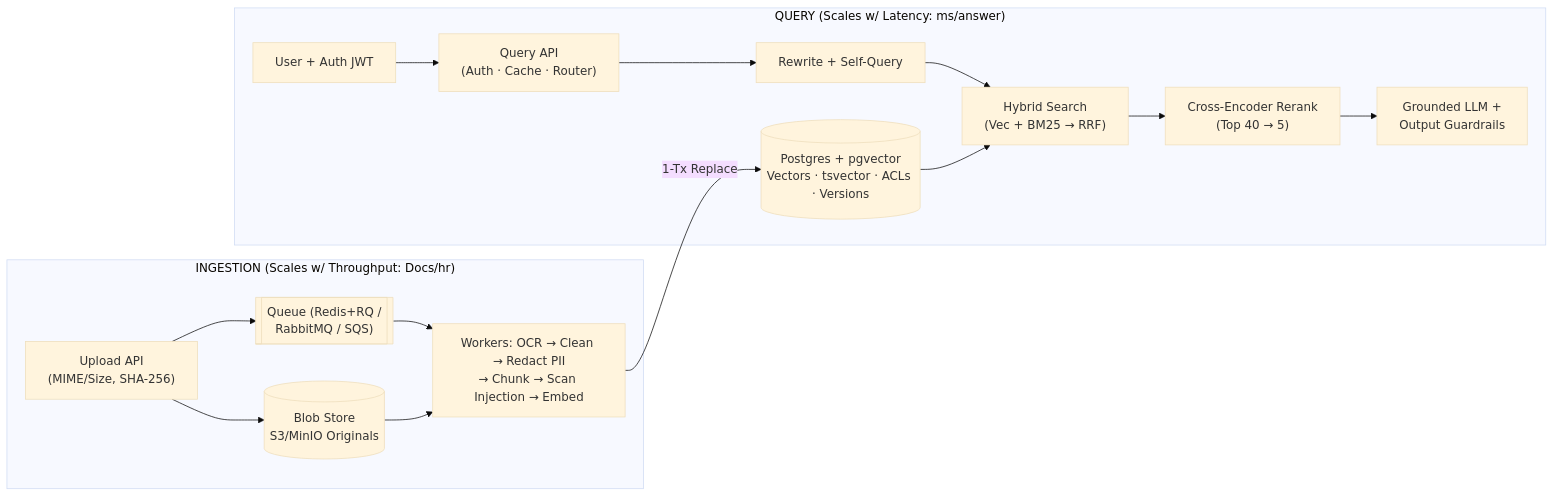
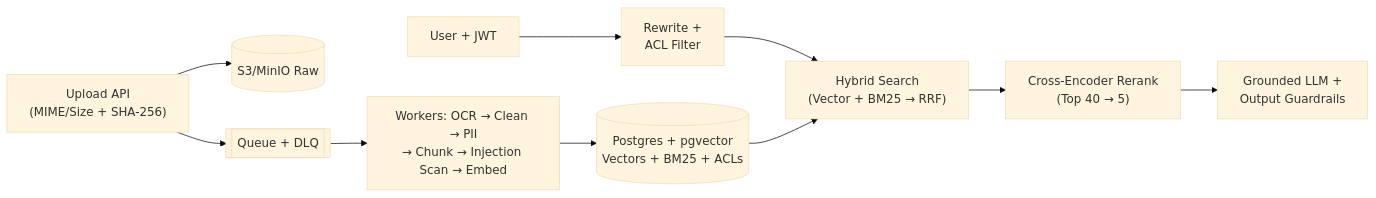
The diagram in study-material/01-production-rag/QUICK_REVISION.md (pankajspace/ai-bootcamp), drawn with Mermaid (base theme) before and after one commit. The commit also changed other lines of this file and 2 other files, not shown here.

Commit message:
Refactor QUICK_REVISION.md for clarity and conciseness; streamline sections on Deep Search, Planning, Validation, and Security. Update workflow diagrams and enhance descriptions of tools and processes. Improve formatting and remove redundant information for better readability.

````diff
--- a/study-material/01-production-rag/QUICK_REVISION.md
+++ b/study-material/01-production-rag/QUICK_REVISION.md
@@ -23,17 +19,7 @@
 ```mermaid
 flowchart LR
-    subgraph ING["INGESTION (Scales w/ Throughput: Docs/hr)"]
-        UP["Upload API\n(MIME/Size, SHA-256)"] --> S3[("Blob Store\nS3/MinIO Originals")]
-        UP --> Q[["Queue (Redis+RQ /\nRabbitMQ / SQS)"]]
-        Q --> W["Workers: OCR → Clean → Redact PII\n→ Chunk → Scan Injection → Embed"]
-        S3 --> W
-    end
-    DB[("Postgres + pgvector\nVectors · tsvector · ACLs · Versions")]
-    W -- "1-Tx Replace" --> DB
-    subgraph QRY["QUERY (Scales w/ Latency: ms/answer)"]
-        U["User + Auth JWT"] --> QA["Query API\n(Auth · Cache · Router)"]
-        QA --> QT["Rewrite + Self-Query"] --> HYB["Hybrid Search\n(Vec + BM25 → RRF)"]
-        DB --> HYB
-        HYB --> RR["Cross-Encoder Rerank\n(Top 40 → 5)"] --> GEN["Grounded LLM +\nOutput Guardrails"]
-    end
+    UP["Upload API\n(MIME/Size + SHA-256)"] --> S3[("S3/MinIO Raw")] & Q[["Queue + DLQ"]]
+    Q --> W["Workers: OCR → Clean → PII\n→ Chunk → Injection Scan → Embed"] --> DB[("Postgres + pgvector\nVectors + BM25 + ACLs")]
+    U["User + JWT"] --> RW["Rewrite +\nACL Filter"] --> HYB["Hybrid Search\n(Vector + BM25 → RRF)"]
+    DB --> HYB --> RR["Cross-Encoder Rerank\n(Top 40 → 5)"] --> LLM["Grounded LLM +\nOutput Guardrails"]
 ```
````
